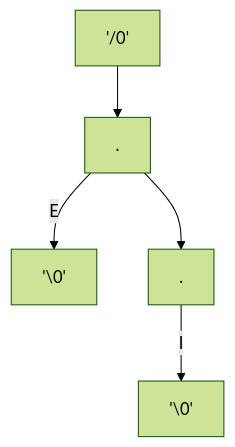
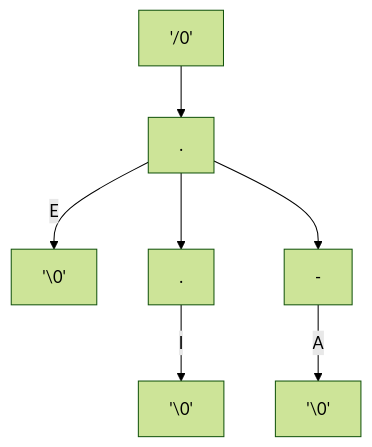
Before and after one commit to mmcnally1/arduino-projects: the second of 2 diagrams in morse-code/README.md, drawn with Mermaid (forest theme).

````diff
--- a/morse-code/README.md
+++ b/morse-code/README.md
@@ -27,8 +27,10 @@
 ```mermaid
 graph TD;
 A['/0'] --> B[.]
 B[.] -- E --> C['\0']
 B[.] --> D[.]
 D[.] -- I --> E['\0']
+B[.] --> F[-]
+F[-] -- A --> G['\0']
 
 ```
````
